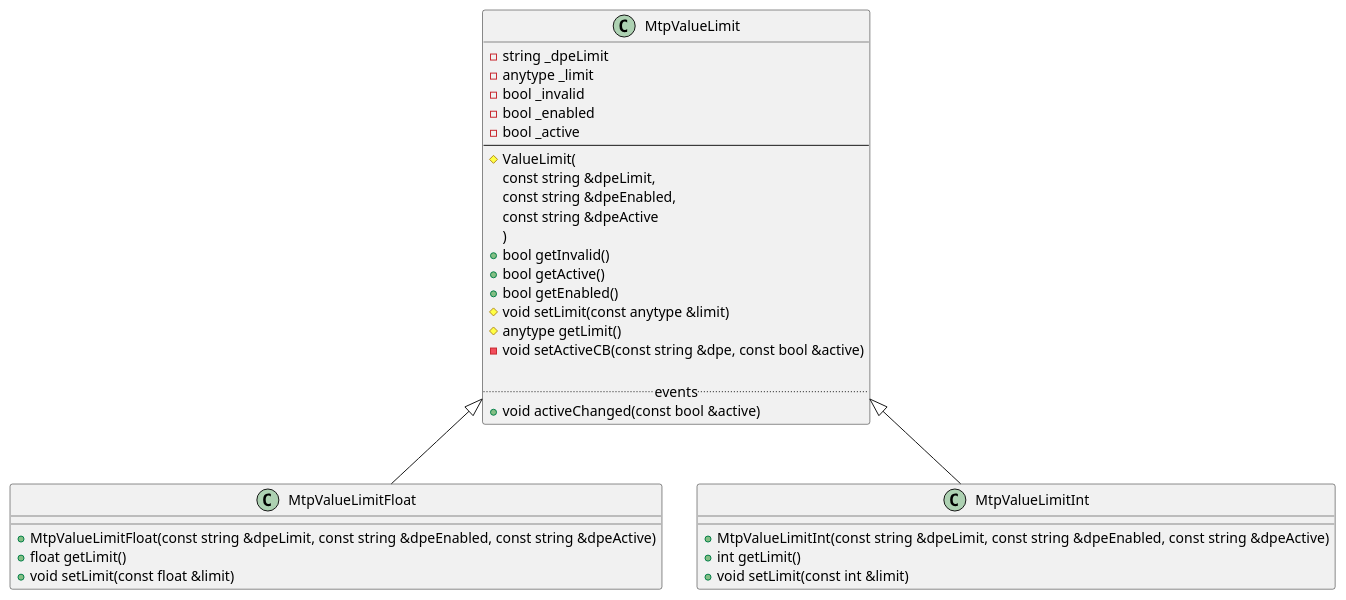
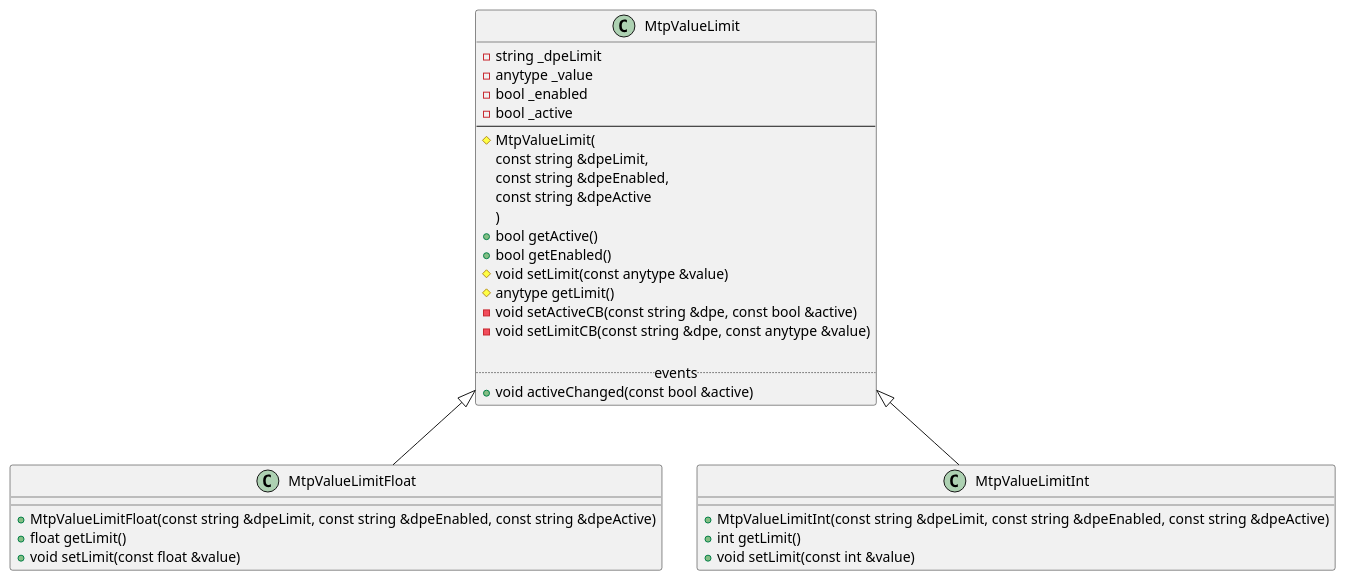
Before and after one commit to winccoa/winccoa-ae-ctrl-mtpimporter: the diagram in source/Hilfsklassen/ViewModel/MtpValueLimit.puml, drawn with PlantUML. The commit also changed 3 other files, not shown here.

Commit message:
chore: helper classes classdiagrams updated

```diff
--- a/source/Hilfsklassen/ViewModel/MtpValueLimit.puml
+++ b/source/Hilfsklassen/ViewModel/MtpValueLimit.puml
@@ -1,41 +1,40 @@
 @startuml
 
 class MtpValueLimit {
     - string _dpeLimit
-    - anytype _limit
-    - bool _invalid
+    - anytype _value
     - bool _enabled
     - bool _active
 --
-    # ValueLimit(
+    # MtpValueLimit(
         const string &dpeLimit,
         const string &dpeEnabled,
         const string &dpeActive
     )
-    + bool getInvalid()
     + bool getActive()
     + bool getEnabled()
-    # void setLimit(const anytype &limit)
+    # void setLimit(const anytype &value)
     # anytype getLimit()
     - void setActiveCB(const string &dpe, const bool &active)
+    - void setLimitCB(const string &dpe, const anytype &value)
 
     ..events..
     + void activeChanged(const bool &active)
 }
 
 class MtpValueLimitFloat {
     + MtpValueLimitFloat(const string &dpeLimit, const string &dpeEnabled, const string &dpeActive)
     + float getLimit()
-    + void setLimit(const float &limit)
+    + void setLimit(const float &value)
 }
 
 class MtpValueLimitInt {
     + MtpValueLimitInt(const string &dpeLimit, const string &dpeEnabled, const string &dpeActive)
     + int getLimit()
-    + void setLimit(const int &limit)
+    + void setLimit(const int &value)
 }
 
 MtpValueLimit <|-- MtpValueLimitFloat
 MtpValueLimit <|-- MtpValueLimitInt
 
 @enduml
```
